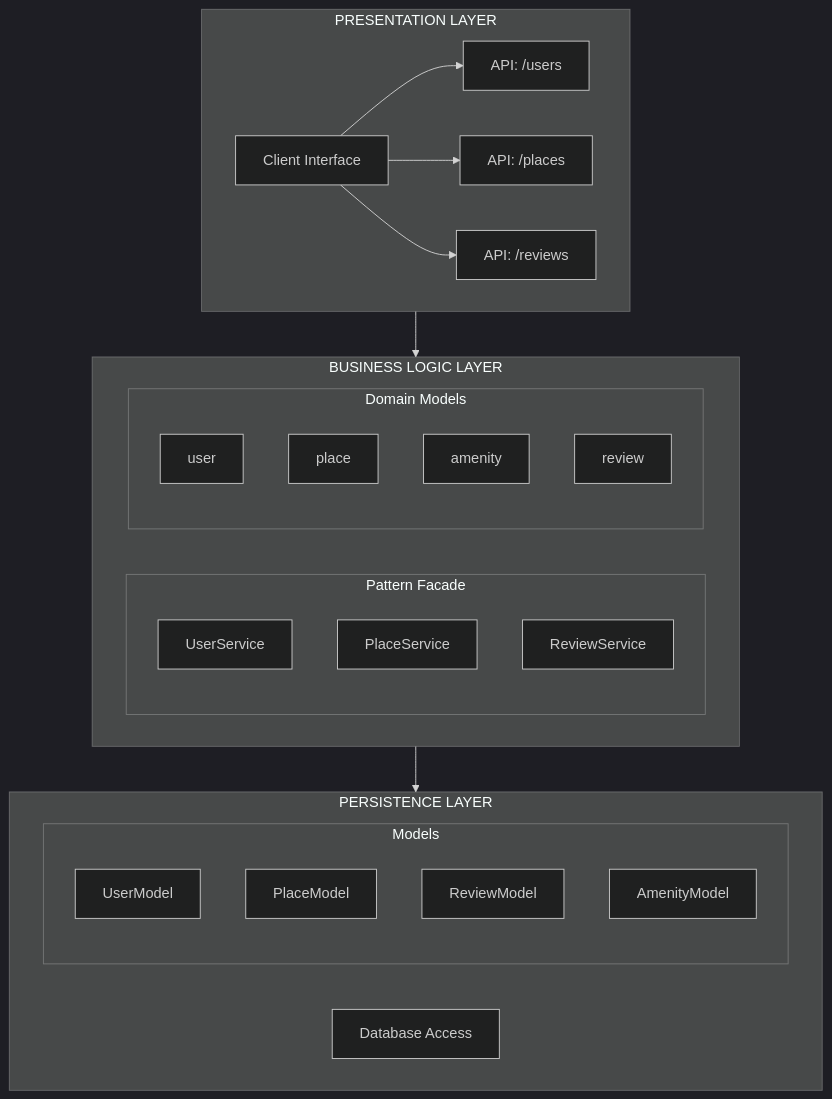
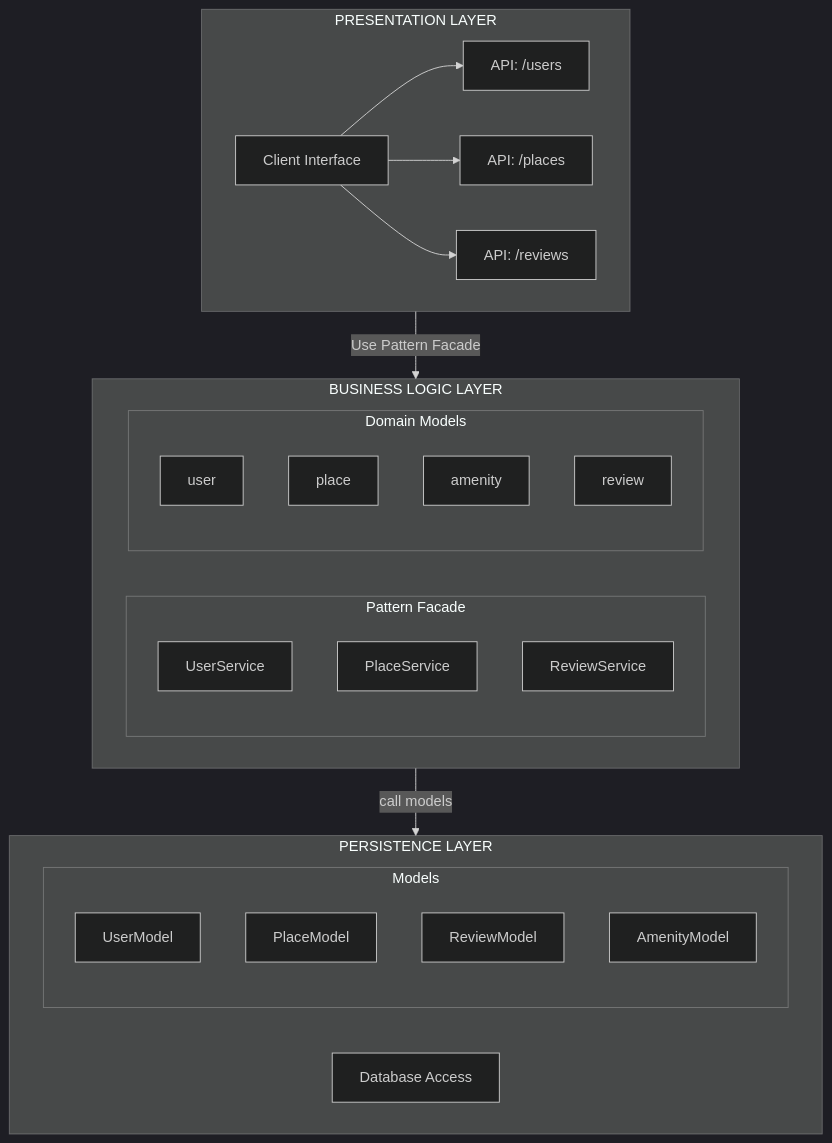
One commit to AnneCecile2935/holbertonschool-higher_level_programming changed the diagram in README.md. Above: the diagram before and after it, drawn with Mermaid (dark theme).

````diff
--- a/README.md
+++ b/README.md
@@ -1,47 +1,47 @@
 ```mermaid
 
 flowchart TD
 
 
 %% Presentation Layer
 subgraph Presentation_Layer [PRESENTATION LAYER]
     Interface[Client Interface]
     API_Users[API: /users]
     API_Places[API: /places]
     API_Reviews[API: /reviews]
 end
 
 %% Business Logic Layer
 subgraph Business_Logic_Layer [BUSINESS LOGIC LAYER]
     subgraph Facade [Pattern Facade]
         UserService[UserService]
         PlaceService[PlaceService]
         ReviewService[ReviewService]
     end
     subgraph DomainModels [Domain Models]
         UserDomain[user]
         PlaceDomain[place]
         AmenityDomain[amenity]
         ReviewDomain[review]
     end
 end
 
 %% Persistence Layer
 subgraph Persistence_Layer [PERSISTENCE LAYER]
     Database[Database Access]
     subgraph Models [Models]
         UserModel[UserModel]
         PlaceModel[PlaceModel]
         ReviewModel[ReviewModel]
         AmenityModel[AmenityModel]
     end
 end
 
 %% Relations
 Interface --> API_Users
 Interface --> API_Places
 Interface --> API_Reviews
 
-Presentation_Layer --> Business_Logic_Layer
-Business_Logic_Layer --> Persistence_Layer
+Presentation_Layer --Use Pattern Facade --> Business_Logic_Layer
+Business_Logic_Layer --call models--> Persistence_Layer
 ```
````
